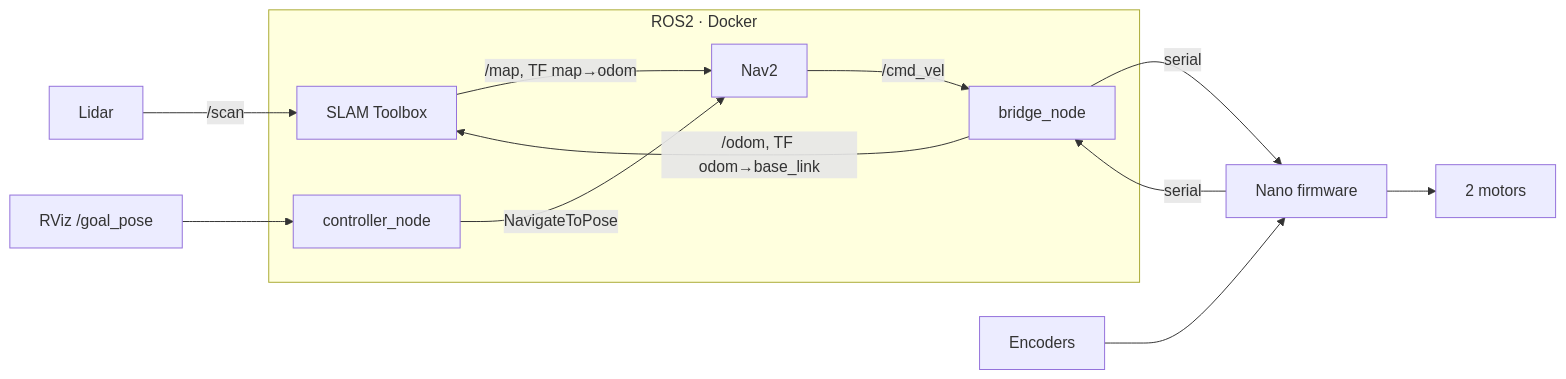
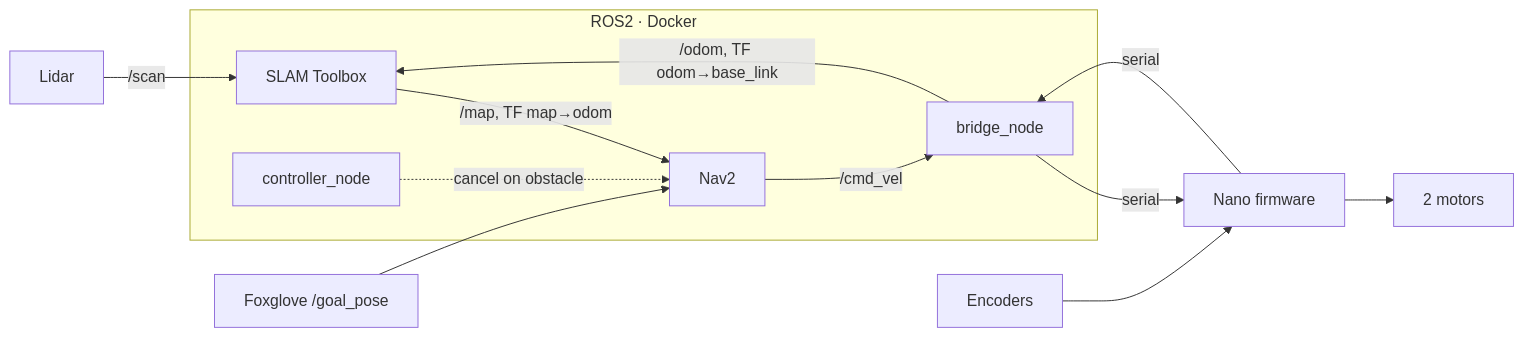
One commit to ninjamar/click-to-go-robot changed the first of 2 diagrams in doc.md. Above: the diagram before and after it, drawn with Mermaid. The commit also changed other lines of this file and 1 other file, not shown here.

````diff
--- a/doc.md
+++ b/doc.md
@@ -20,20 +20,20 @@
 ```mermaid
 flowchart LR
     lidar[Lidar] -->|/scan| slam[SLAM Toolbox]
     slam -->|/map, TF map→odom| nav2[Nav2]
-    rviz[RViz /goal_pose] --> controller[controller_node]
-    controller -->|NavigateToPose| nav2
+    foxglove[Foxglove /goal_pose] --> nav2
+    controller[controller_node] -.->|cancel on obstacle| nav2
     nav2 -->|/cmd_vel| bridge[bridge_node]
     bridge -->|serial| nano[Nano firmware]
     nano --> motors[2 motors]
     nano -->|serial| bridge
     encoders[Encoders] --> nano
     bridge -->|/odom, TF odom→base_link| slam
 
     subgraph docker[ROS2 · Docker]
         slam
         nav2
         controller
         bridge
     end
 ```
````
